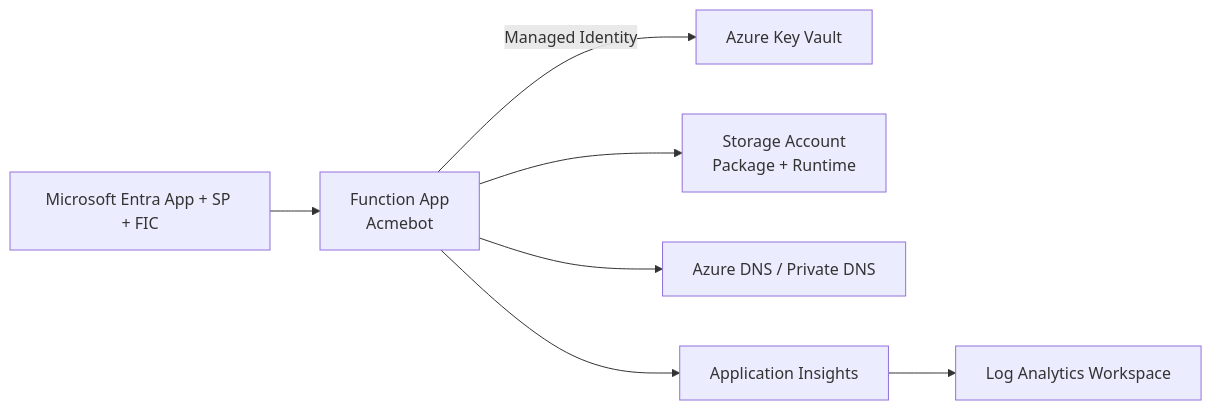
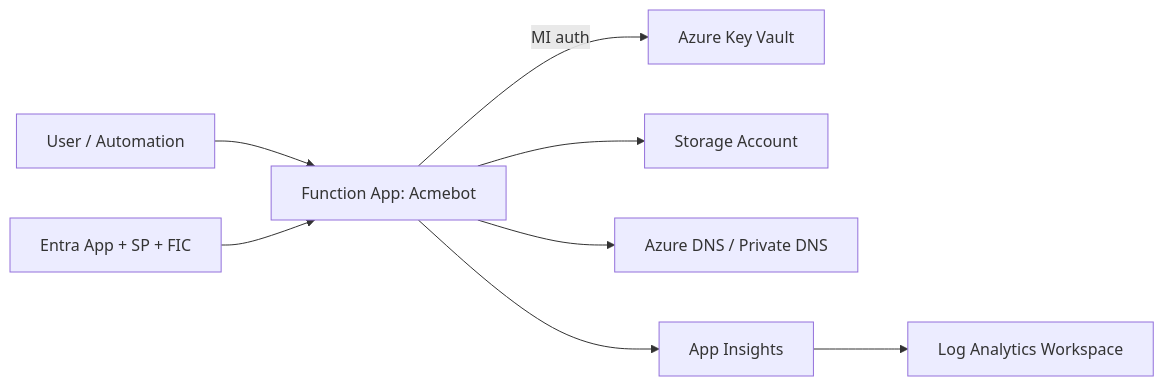
One commit to builtwithcaffeine/bwc-keyvault-acme-bicep changed the diagram in README.md. Above: the diagram before and after it, drawn with Mermaid. The commit also changed other lines of this file and 3 other files, not shown here.

````diff
--- a/README.md
+++ b/README.md
@@ -35,9 +46,10 @@
 ```mermaid
 flowchart LR
-  A[Function App\nAcmebot] -->|Managed Identity| B[Azure Key Vault]
-  A --> C[Storage Account\nPackage + Runtime]
-  A --> D[Azure DNS / Private DNS]
-  A --> E[Application Insights]
-  E --> F[Log Analytics Workspace]
-  G[Microsoft Entra App + SP + FIC] --> A
+  U[User / Automation] --> A[Function App: Acmebot]
+  A -->|MI auth| KV[Azure Key Vault]
+  A --> SA[Storage Account]
+  A --> DNS[Azure DNS / Private DNS]
+  A --> AI[App Insights]
+  AI --> LAW[Log Analytics Workspace]
+  Entra[Entra App + SP + FIC] --> A
 ```
````
